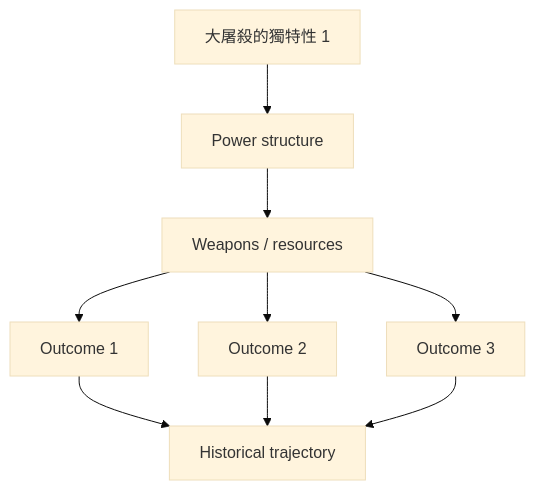
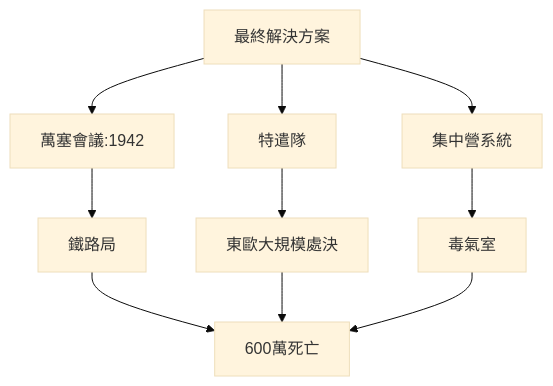
The second of 10 diagrams in 02_Harvard_Courses/Fall_Courses/Hist1942_The_Second_World_War.md (yip-lgtm/HKU-Harvard-History-Self-Study), drawn with Mermaid (base theme) before and after one commit. The commit also changed other lines of this file and 65 other files, not shown here.

````diff
--- a/02_Harvard_Courses/Fall_Courses/Hist1942_The_Second_World_War.md
+++ b/02_Harvard_Courses/Fall_Courses/Hist1942_The_Second_World_War.md
@@ -150,11 +138,12 @@
 ```mermaid
 graph TD
-    A[大屠殺的獨特性 1] --> B[Power structure]
-    B --> C[Weapons / resources]
-    C --> D[Outcome 1]
-    C --> E[Outcome 2]
-    C --> F[Outcome 3]
-    D --> G[Historical trajectory]
-    E --> G
-    F --> G
+    A[最終解決方案] --> B[萬塞會議:1942]
+    A --> C[特遣隊]
+    A --> D[集中營系統]
+    B --> E[鐵路局]
+    C --> F[東歐大規模處決]
+    D --> G[毒氣室]
+    E --> H[600萬死亡]
+    F --> H
+    G --> H
 ```
````
